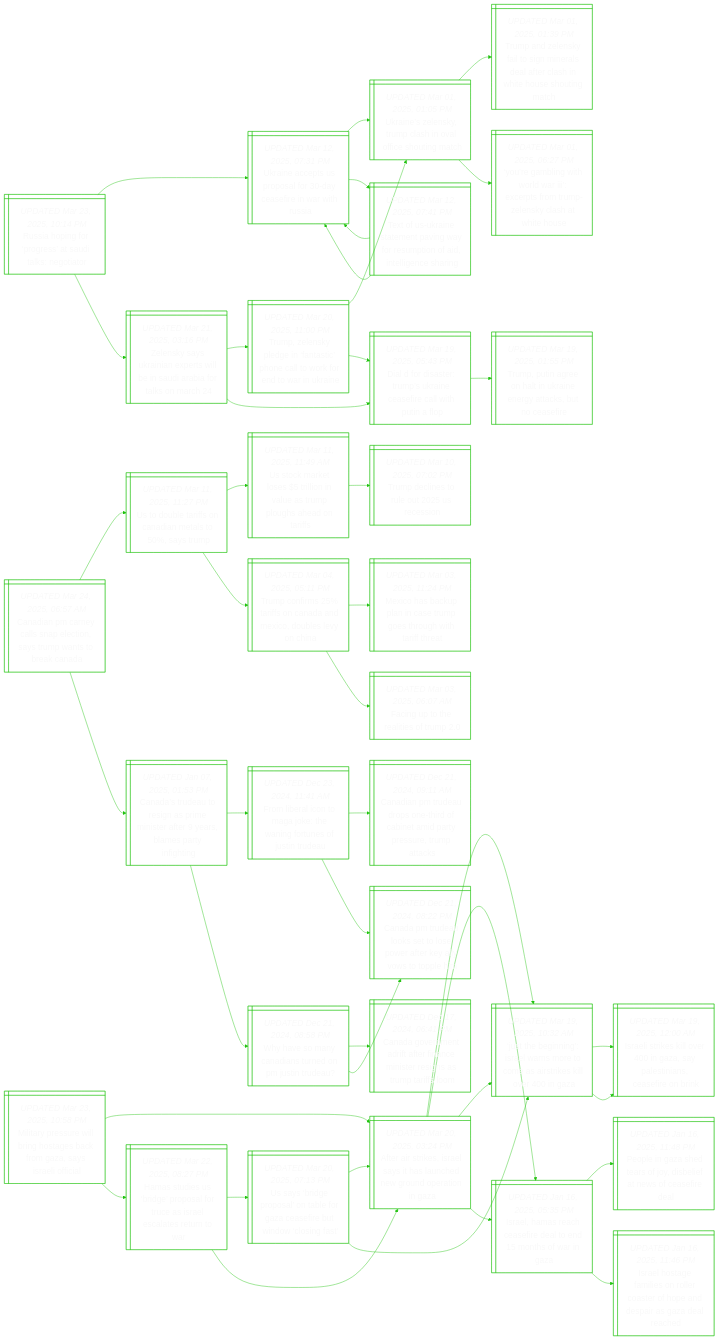
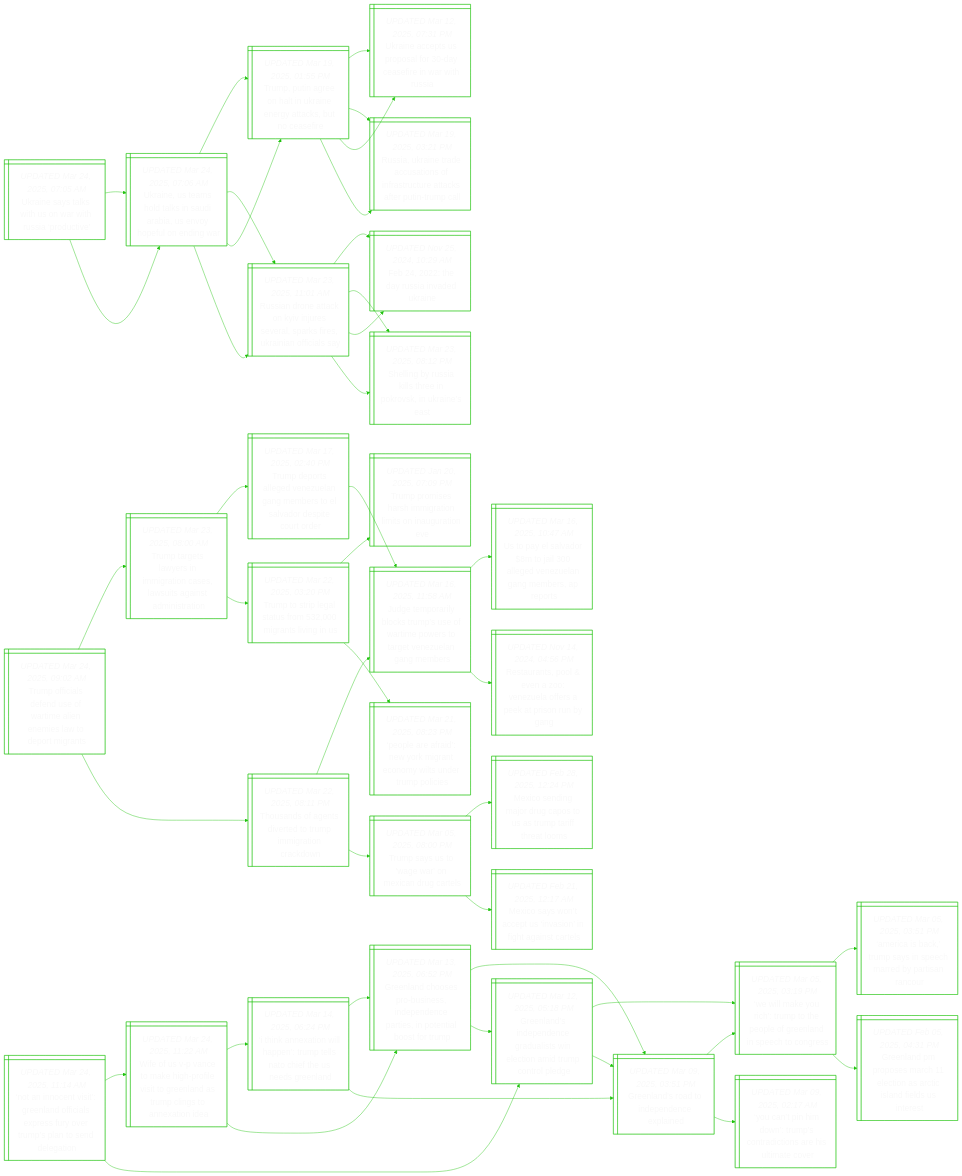
The diagram in README.md (notJmes/notJmes), drawn with Mermaid before and after one commit. The commit also changed other lines of this file, not shown here.

````diff
--- a/README.md
+++ b/README.md
@@ -16,136 +16,139 @@
 flowchart LR
 classDef txtsize font-size:20px;
 
-RanpeStNi@{ shape: win-pane, label: "_UPDATED Mar 23, 2025, 10:14 PM_
-Russia hoping for ‘progress’ at saudi talks: negotiator" }
+UnssUahidv@{ shape: win-pane, label: "_UPDATED Mar 24, 2025, 07:05 AM_
+Ukraine says talks with us on war with russia ‘productive’" }
+UneolSAavpoir@{ shape: win-pane, label: "_UPDATED Mar 24, 2025, 07:06 AM_
+Ukraine, us teams hold talks in saudi arabia, us envoy hopeful on ending war" }
+TPaotreyctar@{ shape: win-pane, label: "_UPDATED Mar 19, 2025, 01:55 PM_
+Trump, putin agree on halt in ukraine energy attacks, but no ceasefire" }
 UneSoocfnis@{ shape: win-pane, label: "_UPDATED Mar 12, 2025, 07:31 PM_
 Ukraine accepts us proposal for 30-day ceasefire in war with russia" }
-Unlyphaiogh@{ shape: win-pane, label: "_UPDATED Mar 01, 2025, 01:05 PM_
-Ukraine’s zelensky, trump clash in oval office shouting match" }
-TalytnretaWHsit@{ shape: win-pane, label: "_UPDATED Mar 01, 2025, 01:39 PM_
-Trump and zelensky fail to sign minerals deal after clash in white house shouting match" }
-YgitlIcsTZsaWH@{ shape: win-pane, label: "_UPDATED Mar 01, 2025, 06:27 PM_
-‘you’re gambling with world war iii’: excerpts from trump-zelensky clash at white house" }
-Tfrsmawrmndlna@{ shape: win-pane, label: "_UPDATED Mar 12, 2025, 07:41 PM_
-Text of us-ukraine statement paving way for resumption of aid, intelligence sharing" }
+Raiacifacakeiml@{ shape: win-pane, label: "_UPDATED Mar 19, 2025, 03:21 PM_
+Russia, ukraine trade accusations of infrastructure attacks after putin-trump call" }
+RanaKnsraikifl@{ shape: win-pane, label: "_UPDATED Mar 23, 2025, 11:01 AM_
+Russian drone attack on kyiv injures several, sparks fires, ukrainian officials say" }
+Feuiea@{ shape: win-pane, label: "_UPDATED Nov 25, 2024, 10:29 AM_
+Feb 24, 2022: the day russia invaded ukraine" }
+SiRasekkrs@{ shape: win-pane, label: "_UPDATED Mar 23, 2025, 08:12 PM_
+Shelling by russia kills three in pokrovsk, in ukraine’s east" }
+UneolSAavpoir@{ shape: win-pane, label: "_UPDATED Mar 24, 2025, 07:06 AM_
+Ukraine, us teams hold talks in saudi arabia, us envoy hopeful on ending war" }
+TPaotreyctar@{ shape: win-pane, label: "_UPDATED Mar 19, 2025, 01:55 PM_
+Trump, putin agree on halt in ukraine energy attacks, but no ceasefire" }
 UneSoocfnis@{ shape: win-pane, label: "_UPDATED Mar 12, 2025, 07:31 PM_
 Ukraine accepts us proposal for 30-day ceasefire in war with russia" }
-UneSoocfnis@{ shape: win-pane, label: "_UPDATED Mar 12, 2025, 07:31 PM_
-Ukraine accepts us proposal for 30-day ceasefire in war with russia" }
-Zsyanrlniitoc@{ shape: win-pane, label: "_UPDATED Mar 21, 2025, 03:16 PM_
-Zelensky says ukrainian experts will be in saudi arabia for talks on march 24" }
-TZsenapcofdrr@{ shape: win-pane, label: "_UPDATED Mar 20, 2025, 11:00 PM_
-Trump, zelensky pledge in ‘fantastic’ phone call to work for end to war in ukraine" }
-Unlyphaiogh@{ shape: win-pane, label: "_UPDATED Mar 01, 2025, 01:05 PM_
-Ukraine’s zelensky, trump clash in oval office shouting match" }
-Dfsrpaeilhnp@{ shape: win-pane, label: "_UPDATED Mar 19, 2025, 05:43 PM_
-Dial d for disaster: trump’s ukraine ceasefire call with putin a flop" }
-Dfsrpaeilhnp@{ shape: win-pane, label: "_UPDATED Mar 19, 2025, 05:43 PM_
-Dial d for disaster: trump’s ukraine ceasefire call with putin a flop" }
-TPaotreyctar@{ shape: win-pane, label: "_UPDATED Mar 19, 2025, 01:55 PM_
-Trump, putin agree on halt in ukraine energy attacks, but no ceasefire" }
+Raiacifacakeiml@{ shape: win-pane, label: "_UPDATED Mar 19, 2025, 03:21 PM_
+Russia, ukraine trade accusations of infrastructure attacks after putin-trump call" }
+RanaKnsraikifl@{ shape: win-pane, label: "_UPDATED Mar 23, 2025, 11:01 AM_
+Russian drone attack on kyiv injures several, sparks fires, ukrainian officials say" }
+Feuiea@{ shape: win-pane, label: "_UPDATED Nov 25, 2024, 10:29 AM_
+Feb 24, 2022: the day russia invaded ukraine" }
+SiRasekkrs@{ shape: win-pane, label: "_UPDATED Mar 23, 2025, 08:12 PM_
+Shelling by russia kills three in pokrovsk, in ukraine’s east" }
 
-RanpeStNi:::txtsize --> UneSoocfnis:::txtsize
-UneSoocfnis:::txtsize --> Unlyphaiogh:::txtsize
-Unlyphaiogh:::txtsize --> TalytnretaWHsit:::txtsize
-Unlyphaiogh:::txtsize --> YgitlIcsTZsaWH:::txtsize
-UneSoocfnis:::txtsize --> Tfrsmawrmndlna:::txtsize
-Tfrsmawrmndlna:::txtsize --> UneSoocfnis:::txtsize
-Tfrsmawrmndlna:::txtsize --> UneSoocfnis:::txtsize
-RanpeStNi:::txtsize --> Zsyanrlniitoc:::txtsize
-Zsyanrlniitoc:::txtsize --> TZsenapcofdrr:::txtsize
-TZsenapcofdrr:::txtsize --> Unlyphaiogh:::txtsize
-TZsenapcofdrr:::txtsize --> Dfsrpaeilhnp:::txtsize
-Zsyanrlniitoc:::txtsize --> Dfsrpaeilhnp:::txtsize
-Dfsrpaeilhnp:::txtsize --> TPaotreyctar:::txtsize
+UnssUahidv:::txtsize --> UneolSAavpoir:::txtsize
+UneolSAavpoir:::txtsize --> TPaotreyctar:::txtsize
+TPaotreyctar:::txtsize --> UneSoocfnis:::txtsize
+TPaotreyctar:::txtsize --> Raiacifacakeiml:::txtsize
+UneolSAavpoir:::txtsize --> RanaKnsraikifl:::txtsize
+RanaKnsraikifl:::txtsize --> Feuiea:::txtsize
+RanaKnsraikifl:::txtsize --> SiRasekkrs:::txtsize
+UnssUahidv:::txtsize --> UneolSAavpoir:::txtsize
+UneolSAavpoir:::txtsize --> TPaotreyctar:::txtsize
+TPaotreyctar:::txtsize --> UneSoocfnis:::txtsize
+TPaotreyctar:::txtsize --> Raiacifacakeiml:::txtsize
+UneolSAavpoir:::txtsize --> RanaKnsraikifl:::txtsize
+RanaKnsraikifl:::txtsize --> Feuiea:::txtsize
+RanaKnsraikifl:::txtsize --> SiRasekkrs:::txtsize
 
-Maeebhgcmssic@{ shape: win-pane, label: "_UPDATED Mar 23, 2025, 10:58 PM_
-Military pressure will bring hostages back from gaza, says israeli official" }
-AarIlilhwnrnz@{ shape: win-pane, label: "_UPDATED Mar 20, 2025, 03:24 PM_
-After air strikes, israel says it has launched new ground operation in gaza" }
-Jhigenemiiiea@{ shape: win-pane, label: "_UPDATED Mar 19, 2025, 10:32 AM_
-‘just the beginning’: israel warns more to come as airstrikes kill over 400 in gaza" }
-Iliieaysaarr@{ shape: win-pane, label: "_UPDATED Mar 19, 2025, 12:00 AM_
-Israeli strikes kill over 400 in gaza, say palestinians, ceasefire on brink" }
-Iliieaysaarr@{ shape: win-pane, label: "_UPDATED Mar 19, 2025, 12:00 AM_
-Israeli strikes kill over 400 in gaza, say palestinians, ceasefire on brink" }
-Ilshedoooia@{ shape: win-pane, label: "_UPDATED Jan 16, 2025, 05:35 PM_
-Israel, hamas reach ceasefire deal to end 15 months of war in gaza" }
-Pezdsyeasarl@{ shape: win-pane, label: "_UPDATED Jan 16, 2025, 11:48 PM_
-People in gaza shed tears of joy, disbelief at news of ceasefire deal" }
-Ilamslorpdiaac@{ shape: win-pane, label: "_UPDATED Jan 16, 2025, 11:46 PM_
-Israel hostage families on roller coaster of hope and despair as gaza deal reached" }
-Hserpsrerstto@{ shape: win-pane, label: "_UPDATED Mar 22, 2025, 08:27 PM_
-Hamas studies us ‘bridge’ proposal for truce as israel escalates return to war" }
-UsgpolGeitosa@{ shape: win-pane, label: "_UPDATED Mar 20, 2025, 07:13 PM_
-Us says ‘bridge proposal’ on table for gaza ceasefire but window ‘closing fast’" }
-AarIlilhwnrnz@{ shape: win-pane, label: "_UPDATED Mar 20, 2025, 03:24 PM_
-After air strikes, israel says it has launched new ground operation in gaza" }
-Jhigenemiiiea@{ shape: win-pane, label: "_UPDATED Mar 19, 2025, 10:32 AM_
-‘just the beginning’: israel warns more to come as airstrikes kill over 400 in gaza" }
-AarIlilhwnrnz@{ shape: win-pane, label: "_UPDATED Mar 20, 2025, 03:24 PM_
-After air strikes, israel says it has launched new ground operation in gaza" }
-Jhigenemiiiea@{ shape: win-pane, label: "_UPDATED Mar 19, 2025, 10:32 AM_
-‘just the beginning’: israel warns more to come as airstrikes kill over 400 in gaza" }
-Ilshedoooia@{ shape: win-pane, label: "_UPDATED Jan 16, 2025, 05:35 PM_
-Israel, hamas reach ceasefire deal to end 15 months of war in gaza" }
+Nieseniserrpnneo@{ shape: win-pane, label: "_UPDATED Mar 24, 2025, 11:14 AM_
+‘not an innocent visit’: greenland officials express fury over trump’s plan to send delegation" }
+WfVtepliraTcsnie@{ shape: win-pane, label: "_UPDATED Mar 24, 2025, 11:22 AM_
+Wife of us v-p vance to make high-profile visit to greenland as trump clings to annexation idea" }
+IkxnhnpsctnGl@{ shape: win-pane, label: "_UPDATED Mar 14, 2025, 06:24 PM_
+‘i think annexation will happen’: trump tells nato chief the us needs greenland" }
+GlhsuseeastasT@{ shape: win-pane, label: "_UPDATED Mar 13, 2025, 06:52 PM_
+Greenland chooses pro-business, independence parties, in potential boost for trump" }
+Glropnpe@{ shape: win-pane, label: "_UPDATED Mar 09, 2025, 03:51 PM_
+Greenland’s road to independence explained" }
+GlhsuseeastasT@{ shape: win-pane, label: "_UPDATED Mar 13, 2025, 06:52 PM_
+Greenland chooses pro-business, independence parties, in potential boost for trump" }
+Glropnpe@{ shape: win-pane, label: "_UPDATED Mar 09, 2025, 03:51 PM_
+Greenland’s road to independence explained" }
+Gliecdsntmunpe@{ shape: win-pane, label: "_UPDATED Mar 12, 2025, 05:18 PM_
+Greenland’s independence gradualists win election amid trump control pledge" }
+Gliecdsntmunpe@{ shape: win-pane, label: "_UPDATED Mar 12, 2025, 05:18 PM_
+Greenland’s independence gradualists win election amid trump control pledge" }
+WlycmhpGlncos@{ shape: win-pane, label: "_UPDATED Mar 05, 2025, 03:19 PM_
+‘we will make you rich’: trump to the people of greenland in speech to congress" }
+Acauypmdrno@{ shape: win-pane, label: "_UPDATED Mar 05, 2025, 03:51 PM_
+‘america is back,’ trump says in speech marred by partisan rancour" }
+GlMoaloriddns@{ shape: win-pane, label: "_UPDATED Feb 05, 2025, 04:31 PM_
+Greenland pm proposes march 11 election as arctic island fields us interest" }
+Glropnpe@{ shape: win-pane, label: "_UPDATED Mar 09, 2025, 03:51 PM_
+Greenland’s road to independence explained" }
+WlycmhpGlncos@{ shape: win-pane, label: "_UPDATED Mar 05, 2025, 03:19 PM_
+‘we will make you rich’: trump to the people of greenland in speech to congress" }
+Ynhwmninhter@{ shape: win-pane, label: "_UPDATED Mar 09, 2025, 02:17 AM_
+‘you can’t pin him down’: trump’s contradictions are his ultimate cover" }
 
-Maeebhgcmssic:::txtsize --> AarIlilhwnrnz:::txtsize
-AarIlilhwnrnz:::txtsize --> Jhigenemiiiea:::txtsize
-Jhigenemiiiea:::txtsize --> Iliieaysaarr:::txtsize
-Jhigenemiiiea:::txtsize --> Iliieaysaarr:::txtsize
-AarIlilhwnrnz:::txtsize --> Ilshedoooia:::txtsize
-Ilshedoooia:::txtsize --> Pezdsyeasarl:::txtsize
-Ilshedoooia:::txtsize --> Ilamslorpdiaac:::txtsize
-Maeebhgcmssic:::txtsize --> Hserpsrerstto:::txtsize
-Hserpsrerstto:::txtsize --> UsgpolGeitosa:::txtsize
-UsgpolGeitosa:::txtsize --> AarIlilhwnrnz:::txtsize
-UsgpolGeitosa:::txtsize --> Jhigenemiiiea:::txtsize
-Hserpsrerstto:::txtsize --> AarIlilhwnrnz:::txtsize
-AarIlilhwnrnz:::txtsize --> Jhigenemiiiea:::txtsize
-AarIlilhwnrnz:::txtsize --> Ilshedoooia:::txtsize
+Nieseniserrpnneo:::txtsize --> WfVtepliraTcsnie:::txtsize
+WfVtepliraTcsnie:::txtsize --> IkxnhnpsctnGl:::txtsize
+IkxnhnpsctnGl:::txtsize --> GlhsuseeastasT:::txtsize
+IkxnhnpsctnGl:::txtsize --> Glropnpe:::txtsize
+WfVtepliraTcsnie:::txtsize --> GlhsuseeastasT:::txtsize
+GlhsuseeastasT:::txtsize --> Glropnpe:::txtsize
+GlhsuseeastasT:::txtsize --> Gliecdsntmunpe:::txtsize
+Nieseniserrpnneo:::txtsize --> Gliecdsntmunpe:::txtsize
+Gliecdsntmunpe:::txtsize --> WlycmhpGlncos:::txtsize
+WlycmhpGlncos:::txtsize --> Acauypmdrno:::txtsize
+WlycmhpGlncos:::txtsize --> GlMoaloriddns:::txtsize
+Gliecdsntmunpe:::txtsize --> Glropnpe:::txtsize
+Glropnpe:::txtsize --> WlycmhpGlncos:::txtsize
+Glropnpe:::txtsize --> Ynhwmninhter:::txtsize
 
-CiCyseiymtra@{ shape: win-pane, label: "_UPDATED Mar 24, 2025, 06:57 AM_
-Canadian pm carney calls snap election, says trump wants to break canada" }
-Uotfaaasr@{ shape: win-pane, label: "_UPDATED Mar 11, 2025, 11:27 PM_
-Us to double tariffs on canadian metals to 50%, says trump" }
-UcksinlTphaas@{ shape: win-pane, label: "_UPDATED Mar 11, 2025, 11:49 AM_
-Us stock market loses $5 trillion in value as trump ploughs ahead on tariffs" }
-Tdnruei@{ shape: win-pane, label: "_UPDATED Mar 10, 2025, 07:02 PM_
-Trump declines to rule out 2025 us recession" }
-TcrroadcbeC@{ shape: win-pane, label: "_UPDATED Mar 04, 2025, 05:11 PM_
-Trump confirms 25% tariffs on canada and mexico, doubles levy on china" }
-MoapnTghhtfa@{ shape: win-pane, label: "_UPDATED Mar 03, 2025, 11:24 PM_
-Mexico has backup plan in case trump goes through with tariff threat" }
-Fgtaer@{ shape: win-pane, label: "_UPDATED Mar 03, 2025, 06:07 AM_
-Facing up to the realities of trump 2.0" }
-Cadogrieermrfi@{ shape: win-pane, label: "_UPDATED Jan 07, 2025, 01:53 PM_
-Canada’s trudeau to resign as prime minister after 9 years, blames party infighting" }
-FiltaTnoeuTa@{ shape: win-pane, label: "_UPDATED Dec 23, 2024, 11:41 AM_
-From liberal icon to maga joke: the waning fortunes of justin trudeau" }
-CiTaptoimreepc@{ shape: win-pane, label: "_UPDATED Dec 21, 2024, 09:11 AM_
-Canadian pm trudeau drops one-third of cabinet amid party pressure, trump attacks" }
-Caulslofeytpm@{ shape: win-pane, label: "_UPDATED Dec 21, 2024, 08:22 PM_
-Canada pm trudeau looks set to lose power after key ally vows to topple him" }
-WvannnPtu@{ shape: win-pane, label: "_UPDATED Dec 21, 2024, 08:58 PM_
-Why have so many canadians turned on pm justin trudeau?" }
-Cartfeaieispfo@{ shape: win-pane, label: "_UPDATED Dec 17, 2024, 06:41 PM_
-Canada government adrift after finance minister resigns as trump tariffs loom" }
-Caulslofeytpm@{ shape: win-pane, label: "_UPDATED Dec 21, 2024, 08:22 PM_
-Canada pm trudeau looks set to lose power after key ally vows to topple him" }
+Toieuwmemaemn@{ shape: win-pane, label: "_UPDATED Mar 24, 2025, 09:02 AM_
+Trump officials defend use of wartime alien enemies law to deport migrants" }
+Tttyngoesasirn@{ shape: win-pane, label: "_UPDATED Mar 23, 2025, 08:00 AM_
+Trump targets lawyers in immigration cases, lawsuits against administration" }
+Tdteeeamtaopor@{ shape: win-pane, label: "_UPDATED Mar 17, 2025, 02:40 PM_
+Trump deports alleged venezuelan gang members to el salvador despite court order" }
+Jtrykmerpsreeam@{ shape: win-pane, label: "_UPDATED Mar 16, 2025, 11:58 AM_
+Judge temporarily blocks trump’s use of wartime powers to target venezuelan gang members" }
+Ttiatorlg@{ shape: win-pane, label: "_UPDATED Mar 22, 2025, 03:20 PM_
+Trump to strip legal status from 532,000 migrants living in us" }
+Tpsrmtioutv@{ shape: win-pane, label: "_UPDATED Jan 20, 2025, 07:09 PM_
+Trump promises harsh immigration limits on inauguration eve" }
+PefNrrcysrpc@{ shape: win-pane, label: "_UPDATED Mar 21, 2025, 08:23 PM_
+‘people are afraid’: new york migrant economy wilts under trump policies" }
+Taftetmiiaw@{ shape: win-pane, label: "_UPDATED Mar 22, 2025, 08:11 PM_
+Thousands of agents diverted to trump immigration crackdown" }
+Jtrykmerpsreeam@{ shape: win-pane, label: "_UPDATED Mar 16, 2025, 11:58 AM_
+Judge temporarily blocks trump’s use of wartime powers to target venezuelan gang members" }
+Uaaojldznmres@{ shape: win-pane, label: "_UPDATED Mar 16, 2025, 10:47 AM_
+Us to pay el salvador $8m to jail 300 alleged venezuelan gang members, ap reports" }
+Ruseznleepny@{ shape: win-pane, label: "_UPDATED Nov 14, 2024, 04:56 PM_
+Restaurants, pool & even a zoo: venezuela offers a peek at prison run by gang" }
+TsSgoirr@{ shape: win-pane, label: "_UPDATED Mar 05, 2025, 08:00 PM_
+Trump says us to 'wage war' on mexican drug cartels" }
+MoijuoSurhl@{ shape: win-pane, label: "_UPDATED Feb 28, 2025, 12:24 PM_
+Mexico sending major drug capos to us as trump tariff threat looms" }
+MowcUaihias@{ shape: win-pane, label: "_UPDATED Feb 21, 2025, 12:17 AM_
+Mexico says won’t accept us ‘invasion’ in fight against cartels" }
 
-CiCyseiymtra:::txtsize --> Uotfaaasr:::txtsize
-Uotfaaasr:::txtsize --> UcksinlTphaas:::txtsize
-UcksinlTphaas:::txtsize --> Tdnruei:::txtsize
-Uotfaaasr:::txtsize --> TcrroadcbeC:::txtsize
-TcrroadcbeC:::txtsize --> MoapnTghhtfa:::txtsize
-TcrroadcbeC:::txtsize --> Fgtaer:::txtsize
-CiCyseiymtra:::txtsize --> Cadogrieermrfi:::txtsize
-Cadogrieermrfi:::txtsize --> FiltaTnoeuTa:::txtsize
-FiltaTnoeuTa:::txtsize --> CiTaptoimreepc:::txtsize
-FiltaTnoeuTa:::txtsize --> Caulslofeytpm:::txtsize
-Cadogrieermrfi:::txtsize --> WvannnPtu:::txtsize
-WvannnPtu:::txtsize --> Cartfeaieispfo:::txtsize
-WvannnPtu:::txtsize --> Caulslofeytpm:::txtsize
+Toieuwmemaemn:::txtsize --> Tttyngoesasirn:::txtsize
+Tttyngoesasirn:::txtsize --> Tdteeeamtaopor:::txtsize
+Tdteeeamtaopor:::txtsize --> Jtrykmerpsreeam:::txtsize
+Tttyngoesasirn:::txtsize --> Ttiatorlg:::txtsize
+Ttiatorlg:::txtsize --> Tpsrmtioutv:::txtsize
+Ttiatorlg:::txtsize --> PefNrrcysrpc:::txtsize
+Toieuwmemaemn:::txtsize --> Taftetmiiaw:::txtsize
+Taftetmiiaw:::txtsize --> Jtrykmerpsreeam:::txtsize
+Jtrykmerpsreeam:::txtsize --> Uaaojldznmres:::txtsize
+Jtrykmerpsreeam:::txtsize --> Ruseznleepny:::txtsize
+Taftetmiiaw:::txtsize --> TsSgoirr:::txtsize
+TsSgoirr:::txtsize --> MoijuoSurhl:::txtsize
+TsSgoirr:::txtsize --> MowcUaihias:::txtsize
 
 ```
````
